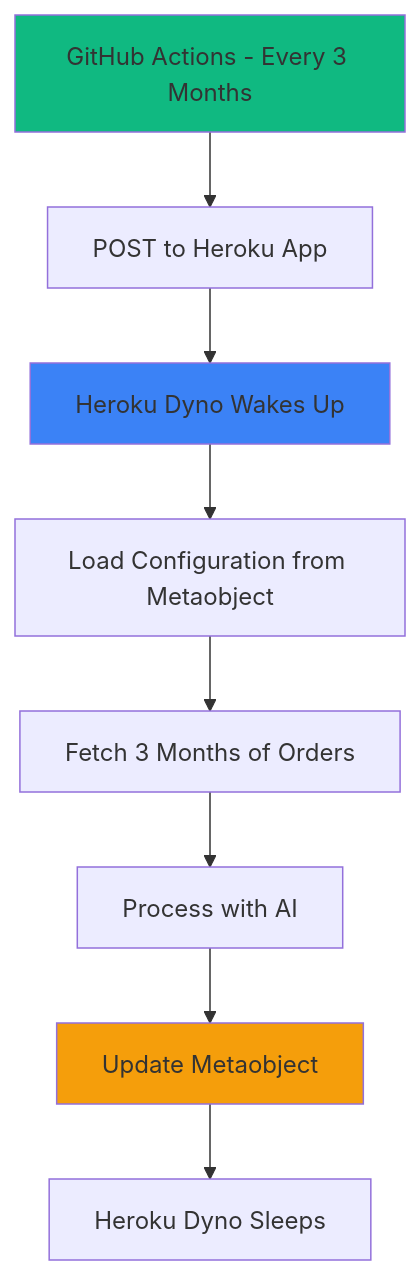
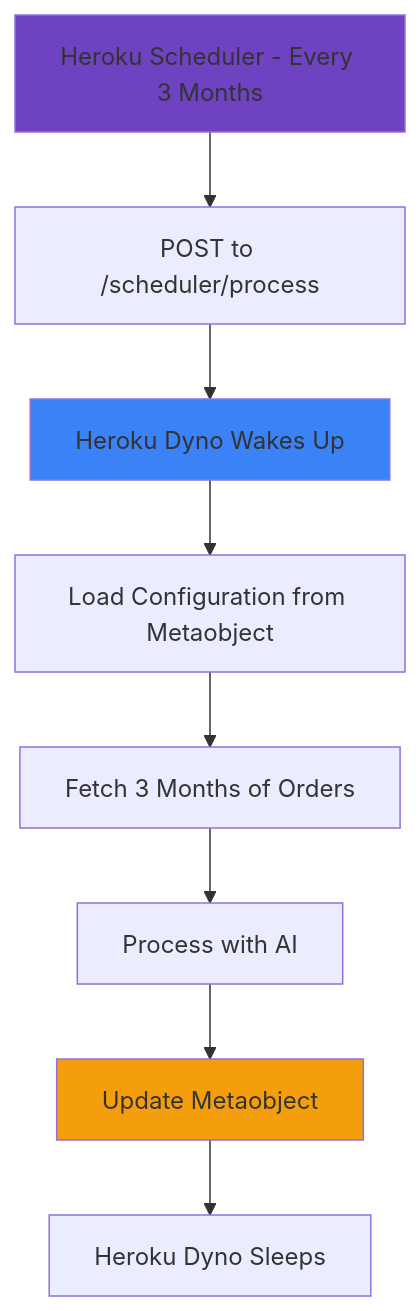
Before and after one commit to umar-hussain-brainx/orders-export-app: the diagram in HEROKU_SETUP.md, drawn with Mermaid. The commit also changed other lines of this file and 11 other files, not shown here.

Commit message:
Remove cron job files and implement Heroku Scheduler integration

````diff
--- a/HEROKU_SETUP.md
+++ b/HEROKU_SETUP.md
@@ -195,14 +200,14 @@
 ```mermaid
 graph TD
-    A[GitHub Actions - Every 3 Months] --> B[POST to Heroku App]
+    A[Heroku Scheduler - Every 3 Months] --> B[POST to /scheduler/process]
     B --> C[Heroku Dyno Wakes Up]
     C --> D[Load Configuration from Metaobject]
     D --> E[Fetch 3 Months of Orders]
     E --> F[Process with AI]
     F --> G[Update Metaobject]
     G --> H[Heroku Dyno Sleeps]
     
-    style A fill:#10b981
+    style A fill:#6f42c1
     style C fill:#3b82f6
     style G fill:#f59e0b
 ```
````
